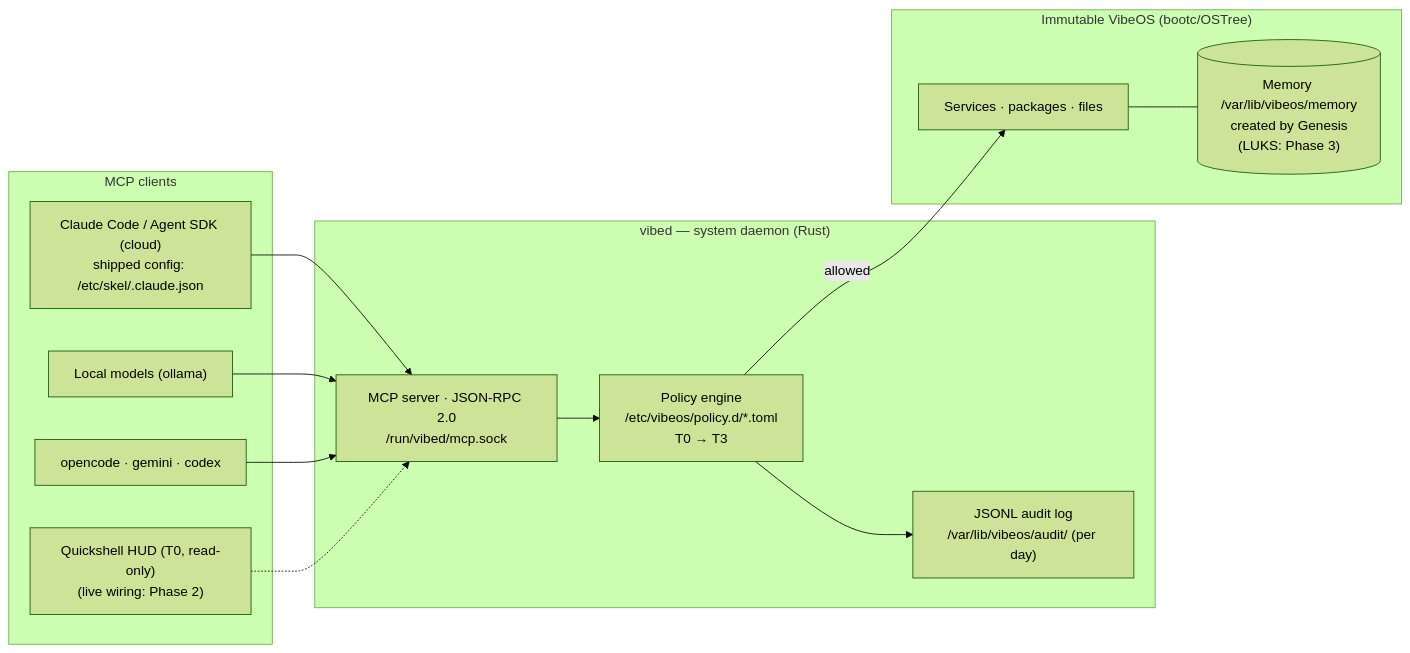
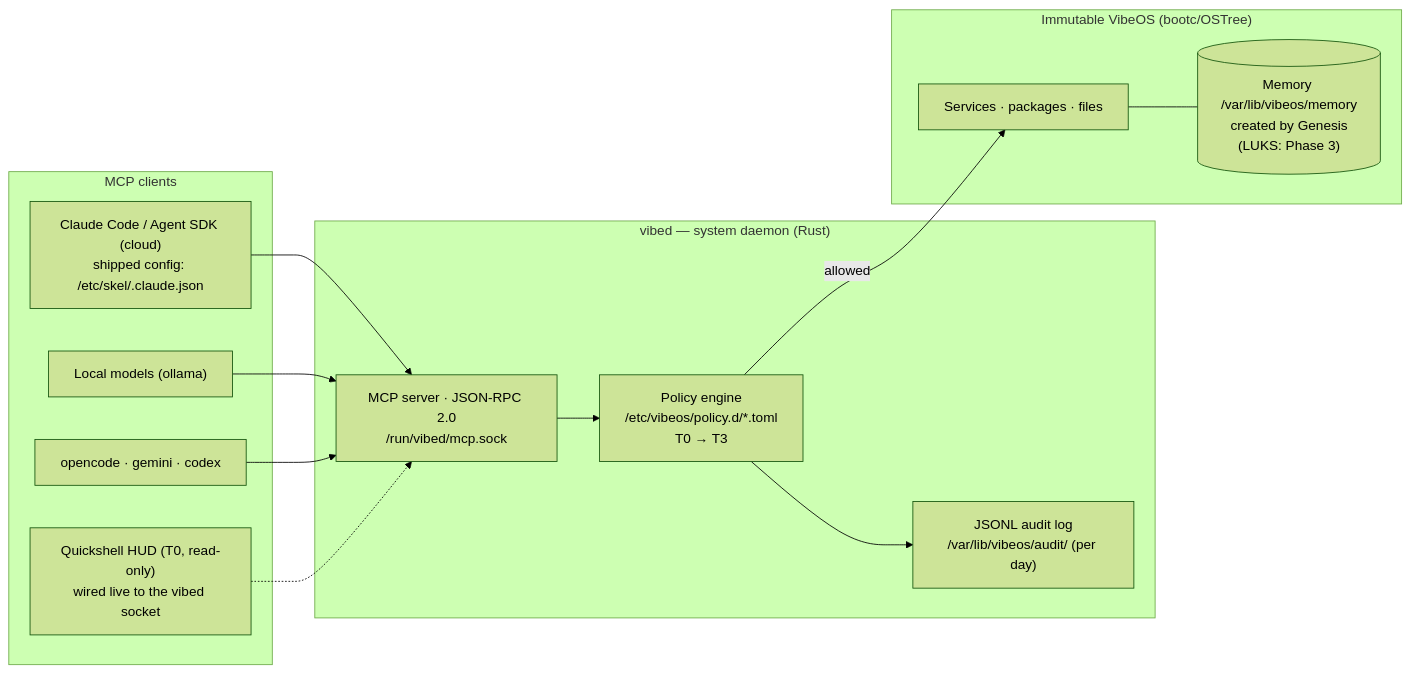
Before and after one commit to Micka420-collab/vibeos: the diagram in README.en.md, drawn with Mermaid (forest theme). The commit also changed other lines of this file and 3 other files, not shown here.

````diff
--- a/README.en.md
+++ b/README.en.md
@@ -105,26 +110,26 @@
 ```mermaid
 flowchart LR
     subgraph AGENTS["MCP clients"]
         CC["Claude Code / Agent SDK (cloud)<br/>shipped config: /etc/skel/.claude.json"]
         OL["Local models (ollama)"]
         AD["opencode · gemini · codex"]
-        HUD["Quickshell HUD (T0, read-only)<br/>(live wiring: Phase 2)"]
+        HUD["Quickshell HUD (T0, read-only)<br/>wired live to the vibed socket"]
     end
     subgraph VIBED["vibed — system daemon (Rust)"]
         MCP["MCP server · JSON-RPC 2.0<br/>/run/vibed/mcp.sock"]
         POL["Policy engine<br/>/etc/vibeos/policy.d/*.toml<br/>T0 → T3"]
         AUD["JSONL audit log<br/>/var/lib/vibeos/audit/ (per day)"]
     end
     subgraph OS["Immutable VibeOS (bootc/OSTree)"]
         SYS["Services · packages · files"]
         MEM[("Memory /var/lib/vibeos/memory<br/>created by Genesis<br/>(LUKS: Phase 3)")]
     end
     CC --> MCP
     OL --> MCP
     AD --> MCP
     HUD -.-> MCP
     MCP --> POL
     POL -->|"allowed"| SYS
     POL --> AUD
     SYS --- MEM
 ```
````
